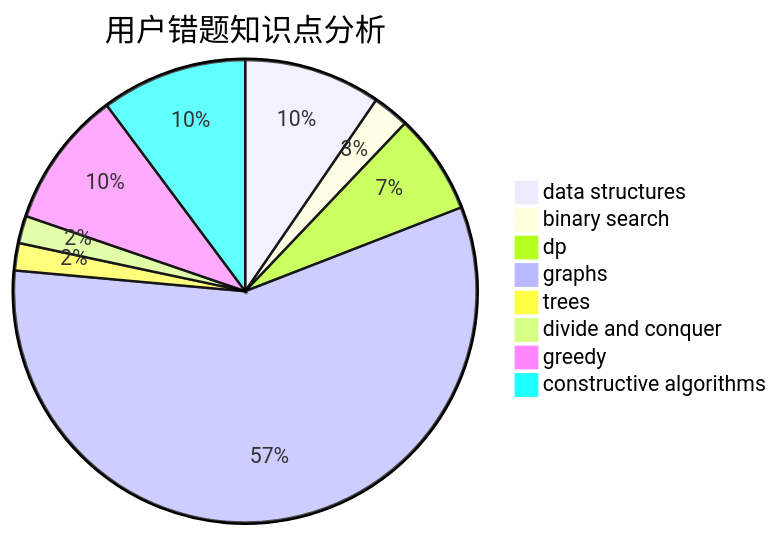
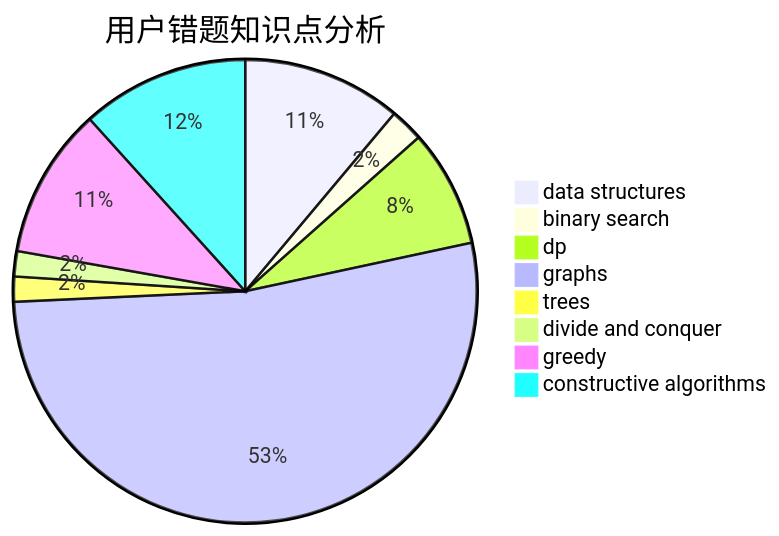
Before and after one commit to sherpahu/cfrs.github.io: the third of 3 diagrams in docs/user/u1298.md, drawn with Mermaid. The commit also changed other lines of this file and 2770 other files, not shown here.

````diff
--- a/docs/user/u1298.md
+++ b/docs/user/u1298.md
@@ -36,11 +36,11 @@
 ```mermaid
 pie title 用户错题知识点分析
-    "data structures" :  15
+    "data structures" :  19
     "binary search" :  4
-    "dp" :  11
+    "dp" :  14
     "graphs" :  90
     "trees" :  3
     "divide and conquer" :  3
-    "greedy" :  15
-    "constructive algorithms" :  16
+    "greedy" :  18
+    "constructive algorithms" :  20
 ```
````
